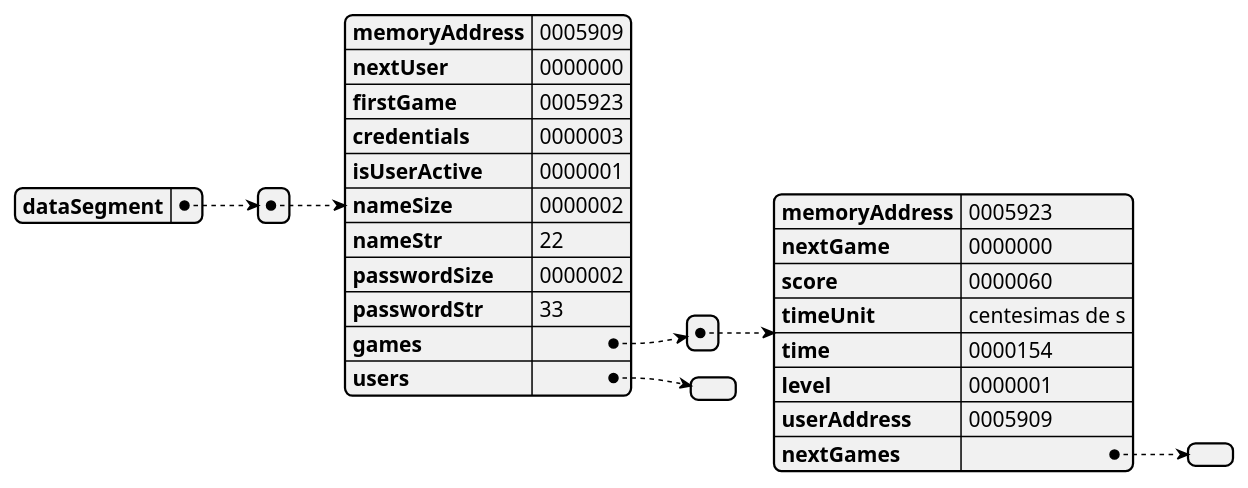
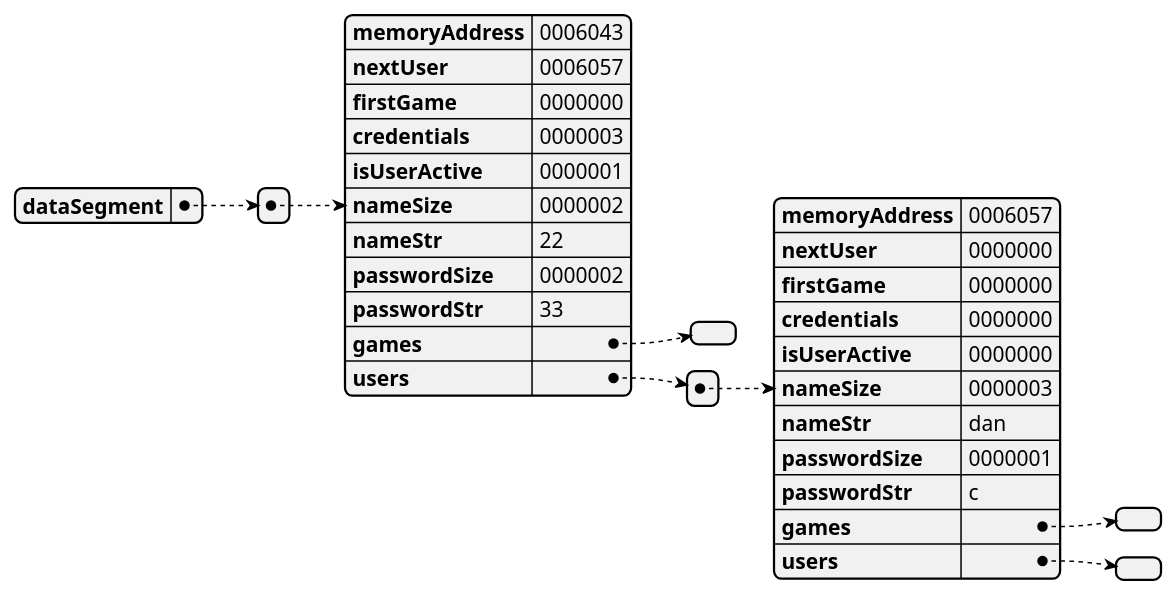
The diagram in docs/uml/README.md (danielcuque/ACE1-PROYECTO2), drawn with PlantUML before and after one commit. The commit also changed 4 other files, not shown here.

`````diff
--- a/docs/uml/README.md
+++ b/docs/uml/README.md
@@ -1,22 +1,26 @@
 ````plantuml
 @startjson memoryGraph
 {"dataSegment":
-[{"memoryAddress":"0005909",
-"nextUser":"0000000",
-"firstGame":"0005923",
+[{"memoryAddress":"0006043",
+"nextUser":"0006057",
+"firstGame":"0000000",
 "credentials":"0000003",
 "isUserActive":"0000001",
 "nameSize":"0000002",
 "nameStr":"22",
 "passwordSize":"0000002",
 "passwordStr":"33",
-"games":[{"memoryAddress":"0005923",
-"nextGame":"0000000",
-"score":"0000060",
-"timeUnit":"centesimas de s","time":"0000154",
-"level":"0000001",
-"userAddress":"0005909",
-"nextGames":[]}],
-"users":[]}]}
+"games":[],
+"users":[{"memoryAddress":"0006057",
+"nextUser":"0000000",
+"firstGame":"0000000",
+"credentials":"0000000",
+"isUserActive":"0000000",
+"nameSize":"0000003",
+"nameStr":"dan",
+"passwordSize":"0000001",
+"passwordStr":"c",
+"games":[],
+"users":[]}]}]}
 @endjson
 ````
`````
